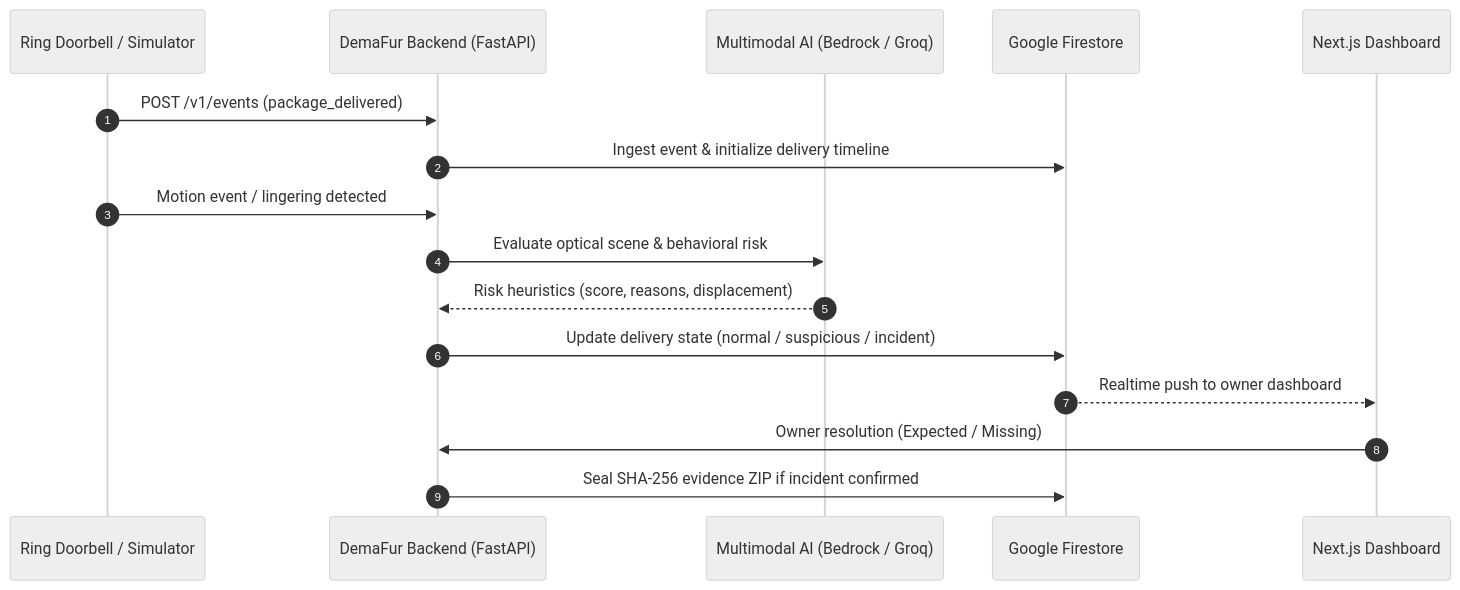
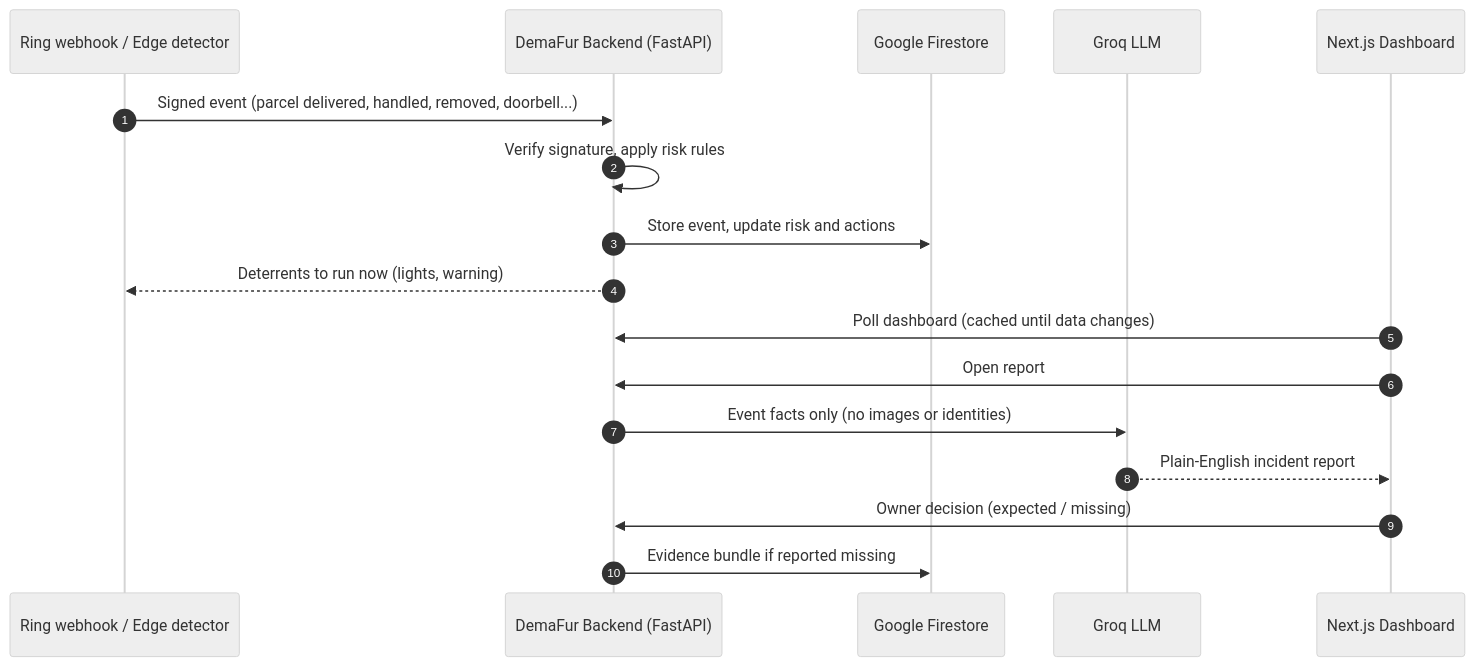
The diagram in README.md (reyan36/DemaFur), drawn with Mermaid (neutral theme) before and after one commit. The commit also changed other lines of this file and 5 other files, not shown here.

````diff
--- a/README.md
+++ b/README.md
@@ -62,19 +74,20 @@
 ```mermaid
 sequenceDiagram
     autonumber
-    participant Ring as Ring Doorbell / Simulator
-    participant FastAPI as DemaFur Backend (FastAPI)
-    participant AI as Multimodal AI (Bedrock / Groq)
+    participant Ring as Ring webhook / Edge detector
+    participant API as DemaFur Backend (FastAPI)
     participant DB as Google Firestore
+    participant AI as Groq LLM
     participant UI as Next.js Dashboard
-    
-    Ring->>FastAPI: POST /v1/events (package_delivered)
-    FastAPI->>DB: Ingest event & initialize delivery timeline
-    Ring->>FastAPI: Motion event / lingering detected
-    FastAPI->>AI: Evaluate optical scene & behavioral risk
-    AI-->>FastAPI: Risk heuristics (score, reasons, displacement)
-    FastAPI->>DB: Update delivery state (normal / suspicious / incident)
-    DB-->>UI: Realtime push to owner dashboard
-    UI->>FastAPI: Owner resolution (Expected / Missing)
-    FastAPI->>DB: Seal SHA-256 evidence ZIP if incident confirmed
+
+    Ring->>API: Signed event (parcel delivered, handled, removed, doorbell...)
+    API->>API: Verify signature, apply risk rules
+    API->>DB: Store event, update risk and actions
+    API-->>Ring: Deterrents to run now (lights, warning)
+    UI->>API: Poll dashboard (cached until data changes)
+    UI->>API: Open report
+    API->>AI: Event facts only (no images or identities)
+    AI-->>UI: Plain-English incident report
+    UI->>API: Owner decision (expected / missing)
+    API->>DB: Evidence bundle if reported missing
 ```
````
